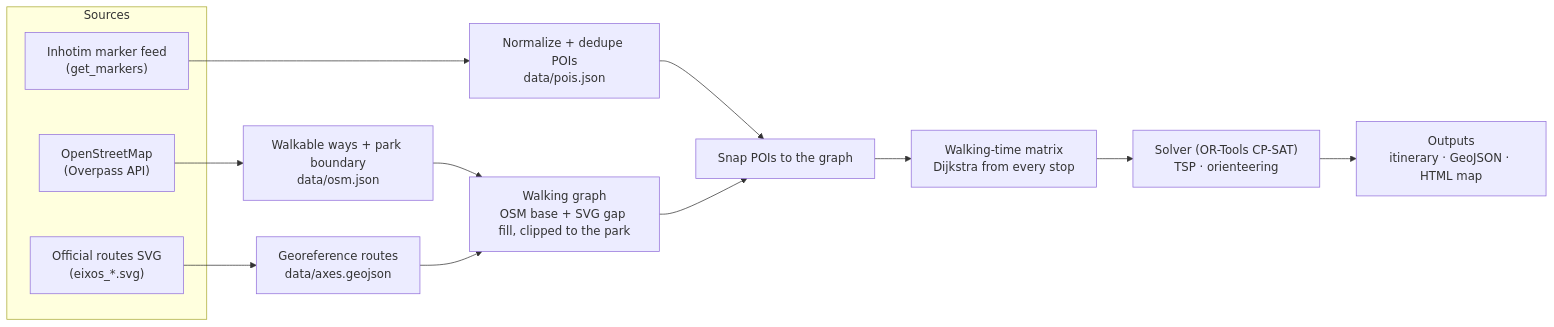
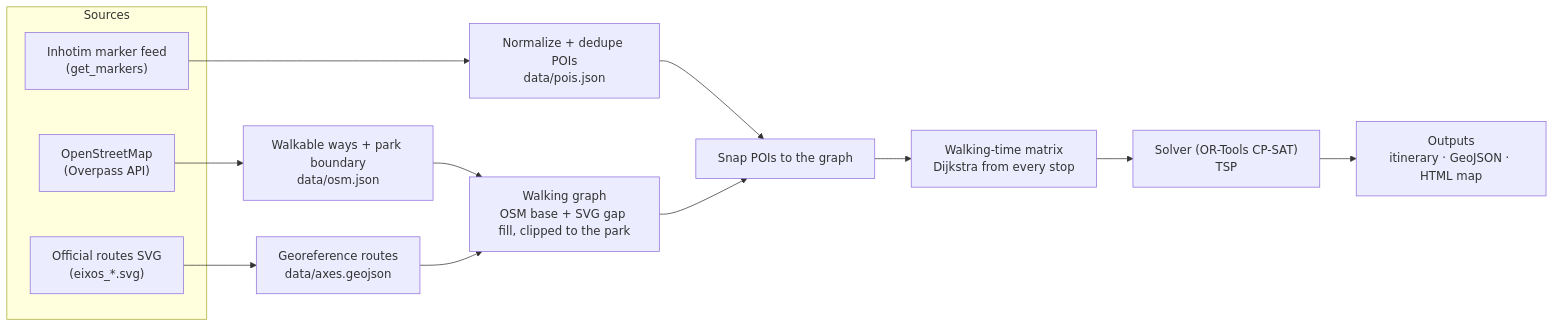
One commit to Andreixzc/inhotim-path changed the diagram in docs/architecture.md. Above: the diagram before and after it, drawn with Mermaid. The commit also changed other lines of this file and 2 other files, not shown here.

Commit message:
docs: architecture, vision and roadmap without the time budget

````diff
--- a/docs/architecture.md
+++ b/docs/architecture.md
@@ -5,18 +5,18 @@
 ```mermaid
 flowchart LR
   subgraph Sources
     A["Inhotim marker feed<br/>(get_markers)"]
     B["Official routes SVG<br/>(eixos_*.svg)"]
     C["OpenStreetMap<br/>(Overpass API)"]
   end
   A --> N["Normalize + dedupe POIs<br/>data/pois.json"]
   B --> G["Georeference routes<br/>data/axes.geojson"]
   C --> O["Walkable ways + park boundary<br/>data/osm.json"]
   O --> W["Walking graph<br/>OSM base + SVG gap fill, clipped to the park"]
   G --> W
   N --> S["Snap POIs to the graph"]
   W --> S
   S --> M["Walking-time matrix<br/>Dijkstra from every stop"]
-  M --> R["Solver (OR-Tools CP-SAT)<br/>TSP · orienteering"]
+  M --> R["Solver (OR-Tools CP-SAT)<br/>TSP"]
   R --> X["Outputs<br/>itinerary · GeoJSON · HTML map"]
 ```
````
